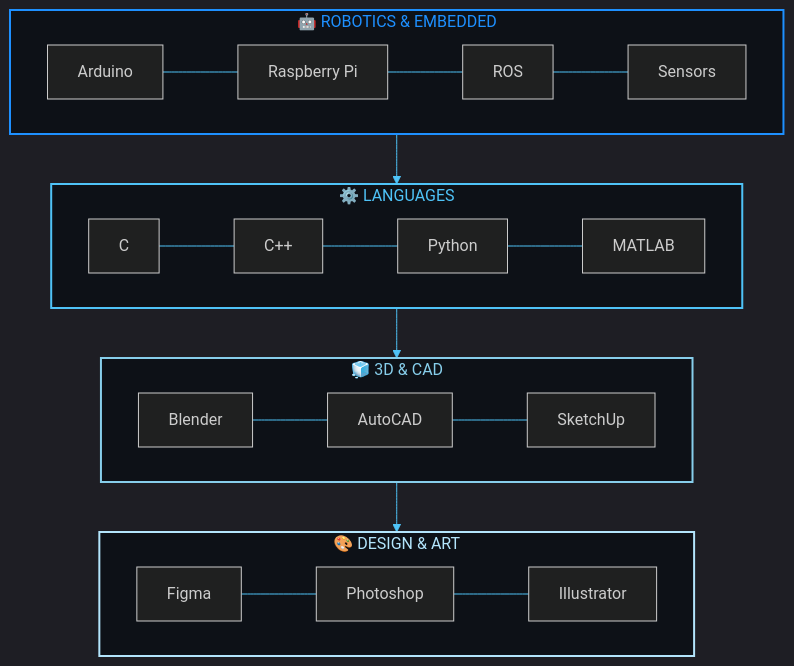
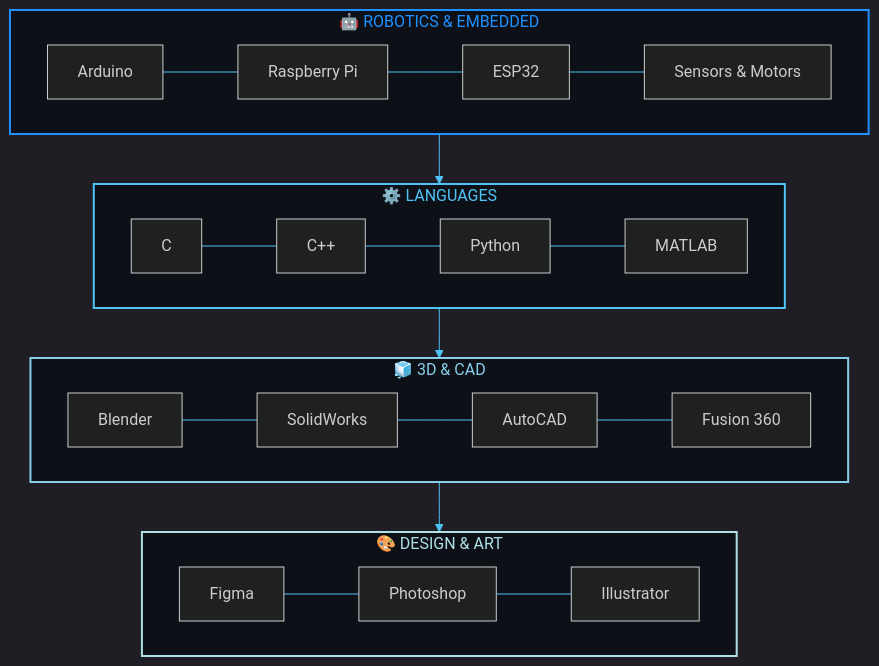
Before and after one commit to nasblor/nasblor: the second of 4 diagrams in readme.md, drawn with Mermaid. The commit also changed other lines of this file, not shown here.

````diff
--- a/readme.md
+++ b/readme.md
@@ -75,27 +76,25 @@
 ```mermaid
 %%{init: {'theme':'dark','themeVariables':{'primaryColor':'#1e90ff','primaryTextColor':'#fff','primaryBorderColor':'#1e90ff','lineColor':'#4FC3F7','secondaryColor':'#0d1117','tertiaryColor':'#0e3460'}}}%%
 graph TB
     subgraph ROBOTICS["🤖 ROBOTICS & EMBEDDED"]
         direction LR
-        AR[Arduino] --- RP[Raspberry Pi] --- RS[ROS] --- SN[Sensors]
+        AR[Arduino] --- RP[Raspberry Pi] --- ES[ESP32] --- SN[Sensors & Motors]
     end
-    subgraph LANGUAGES["⚙️ LANGUAGES"]
+    subgraph LANG["⚙️ LANGUAGES"]
         direction LR
         C[C] --- CP[C++] --- PY[Python] --- MT[MATLAB]
     end
-    subgraph MODELING["🧊 3D & CAD"]
+    subgraph CAD["🧊 3D & CAD"]
         direction LR
-        BL[Blender] --- AC[AutoCAD] --- SK[SketchUp]
+        BL[Blender] --- SW[SolidWorks] --- AC[AutoCAD] --- FU[Fusion 360]
     end
-    subgraph DESIGN["🎨 DESIGN & ART"]
+    subgraph DSG["🎨 DESIGN & ART"]
         direction LR
-        FG[Figma] --- PS[Photoshop] --- AI[Illustrator]
+        FG[Figma] --- PS[Photoshop] --- IL[Illustrator]
     end
-    ROBOTICS --> LANGUAGES
-    LANGUAGES --> MODELING
-    MODELING --> DESIGN
+    ROBOTICS --> LANG --> CAD --> DSG
     style ROBOTICS fill:#0d1117,stroke:#1e90ff,stroke-width:2px,color:#1e90ff
-    style LANGUAGES fill:#0d1117,stroke:#4FC3F7,stroke-width:2px,color:#4FC3F7
-    style MODELING fill:#0d1117,stroke:#87CEEB,stroke-width:2px,color:#87CEEB
-    style DESIGN fill:#0d1117,stroke:#B3E5FC,stroke-width:2px,color:#B3E5FC
+    style LANG fill:#0d1117,stroke:#4FC3F7,stroke-width:2px,color:#4FC3F7
+    style CAD fill:#0d1117,stroke:#87CEEB,stroke-width:2px,color:#87CEEB
+    style DSG fill:#0d1117,stroke:#B0E0E6,stroke-width:2px,color:#B0E0E6
 ```
````
